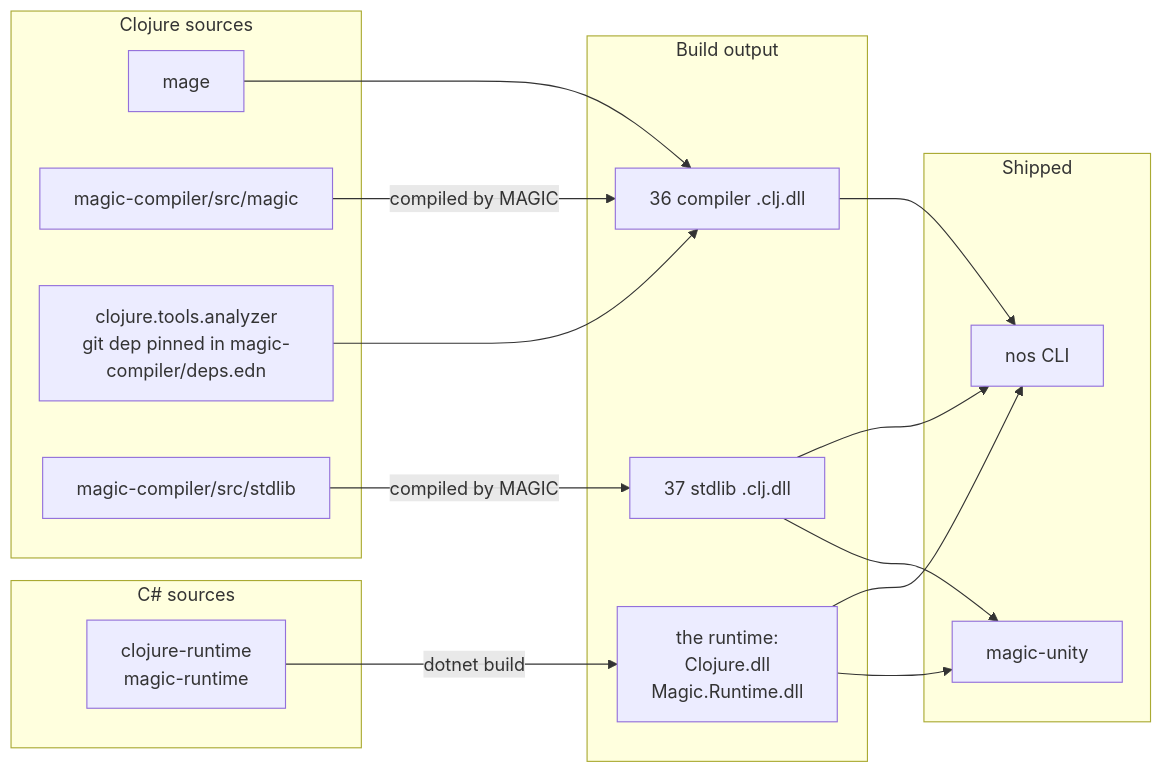
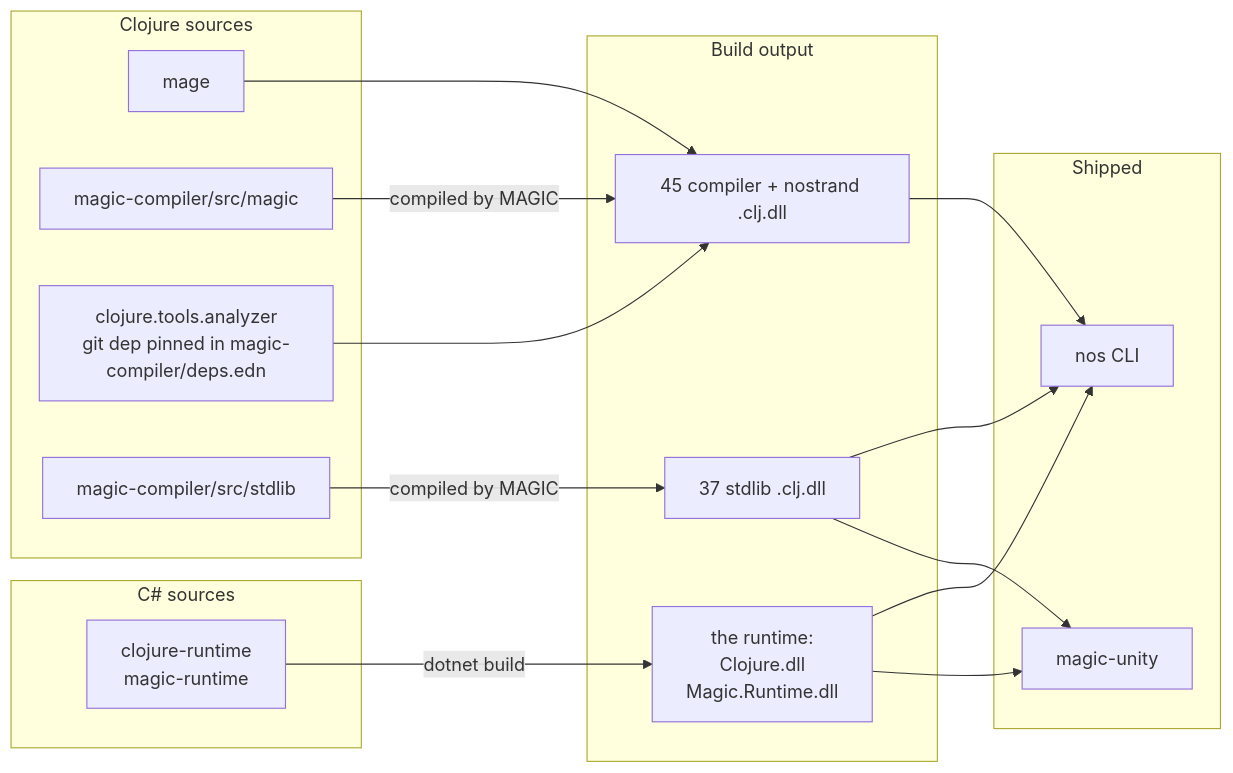
Before and after one commit to flybot-sg/magic: the first of 5 diagrams in docs/architecture.md, drawn with Mermaid. The commit also changed other lines of this file and 20 other files, not shown here.

````diff
--- a/docs/architecture.md
+++ b/docs/architecture.md
@@ -21,36 +21,36 @@
 ```mermaid
 flowchart LR
     subgraph cssrc["C# sources"]
         cs["clojure-runtime<br/>magic-runtime"]
     end
 
     subgraph cljsrc["Clojure sources"]
         mage["mage"]
         cljc["magic-compiler/src/magic"]
         ta["clojure.tools.analyzer<br/>git dep pinned in magic-compiler/deps.edn"]
         cljs["magic-compiler/src/stdlib"]
     end
 
     subgraph out["Build output"]
         rt["the runtime:<br/>Clojure.dll<br/>Magic.Runtime.dll"]
-        cdll["36 compiler .clj.dll"]
+        cdll["45 compiler + nostrand .clj.dll"]
         sdll["37 stdlib .clj.dll"]
     end
 
     subgraph ship["Shipped"]
         nos["nos CLI"]
         upm["magic-unity"]
     end
 
     cs -->|"dotnet build"| rt
     mage --> cdll
     cljc -->|"compiled by MAGIC"| cdll
     ta --> cdll
     cljs -->|"compiled by MAGIC"| sdll
 
     rt --> nos
     cdll --> nos
     sdll --> nos
     rt --> upm
     sdll --> upm
 ```
````
